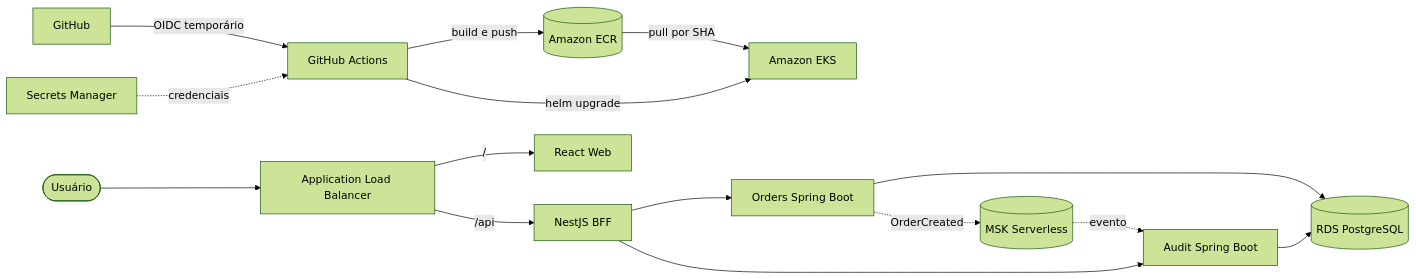
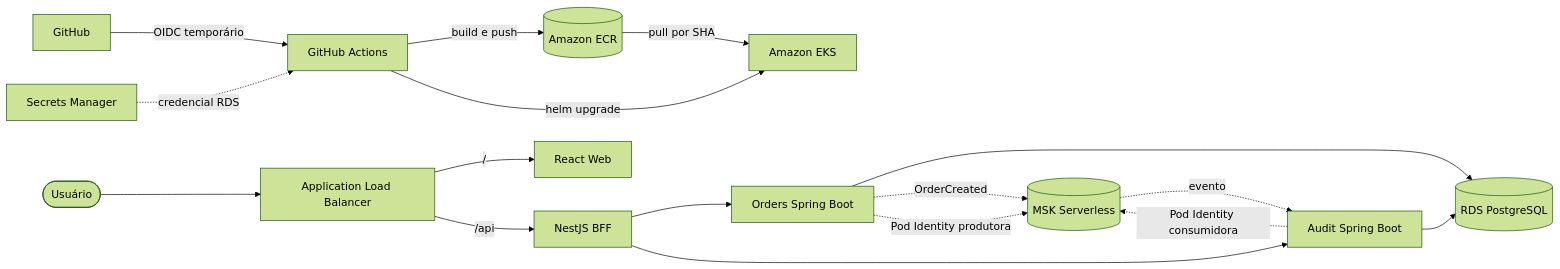
The first of 2 diagrams in docs/AWS-DEPLOYMENT.md (WilliamRochaJR/operations-hub), drawn with Mermaid (forest theme) before and after one commit. The commit also changed other lines of this file and 32 other files, not shown here.

````diff
--- a/docs/AWS-DEPLOYMENT.md
+++ b/docs/AWS-DEPLOYMENT.md
@@ -11,19 +11,21 @@
 ```mermaid
 flowchart LR
     git[GitHub] -->|OIDC temporário| gha[GitHub Actions]
     gha -->|build e push| ecr[(Amazon ECR)]
     gha -->|helm upgrade| eks[Amazon EKS]
     ecr -->|pull por SHA| eks
 
     user([Usuário]) --> alb[Application Load Balancer]
     alb -->|/| web[React Web]
     alb -->|/api| bff[NestJS BFF]
     bff --> orders[Orders Spring Boot]
     bff --> audit[Audit Spring Boot]
     orders --> rds[(RDS PostgreSQL)]
     audit --> rds
     orders -. OrderCreated .-> msk[(MSK Serverless)]
     msk -. evento .-> audit
 
-    secrets[Secrets Manager] -. credenciais .-> gha
+    secrets[Secrets Manager] -. credencial RDS .-> gha
+    orders -. Pod Identity produtora .-> msk
+    audit -. Pod Identity consumidora .-> msk
 ```
````
